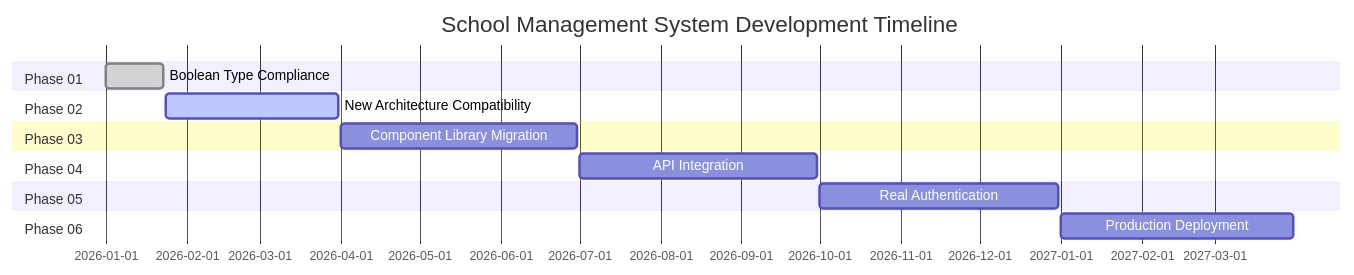
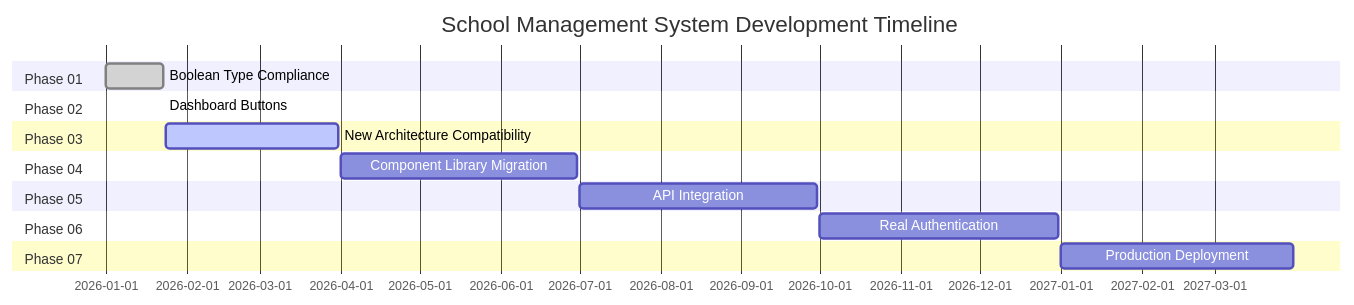
Before and after one commit to BoneTheDeveloper/Electronic-Contact-Contact-Book: the diagram in docs/project-roadmap.md, drawn with Mermaid. The commit also changed other lines of this file and 21 other files, not shown here.

````diff
--- a/docs/project-roadmap.md
+++ b/docs/project-roadmap.md
@@ -368,17 +423,19 @@
 ```mermaid
 gantt
     title School Management System Development Timeline
     dateFormat  YYYY-MM-DD
     section Phase 01
     Boolean Type Compliance     :done,    des1, 2026-01-01, 2026-01-23
     section Phase 02
-    New Architecture Compatibility :active, des2, 2026-01-24, 2026-03-31
+    Dashboard Buttons           :done,    des2, 2026-01-23, 2026-01-23
     section Phase 03
-    Component Library Migration  :         des3, 2026-04-01, 2026-06-30
+    New Architecture Compatibility :active, des3, 2026-01-24, 2026-03-31
     section Phase 04
-    API Integration             :         des4, 2026-07-01, 2026-09-30
+    Component Library Migration  :         des4, 2026-04-01, 2026-06-30
     section Phase 05
-    Real Authentication        :         des5, 2026-10-01, 2026-12-31
+    API Integration             :         des5, 2026-07-01, 2026-09-30
     section Phase 06
-    Production Deployment       :         des6, 2027-01-01, 2027-03-31
+    Real Authentication        :         des6, 2026-10-01, 2026-12-31
+    section Phase 07
+    Production Deployment       :         des7, 2027-01-01, 2027-03-31
 ```
````
